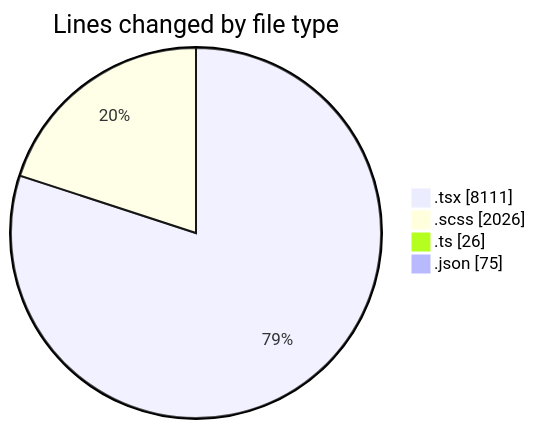
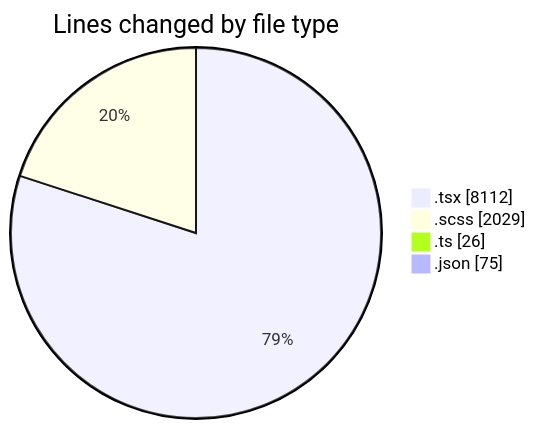
Before and after one commit to momahboobian/code-tracking: the first of 2 diagrams in 2025-04-09/cda/README.md, drawn with Mermaid. The commit also changed other lines of this file and 1 other file, not shown here.

````diff
--- a/2025-04-09/cda/README.md
+++ b/2025-04-09/cda/README.md
@@ -48,8 +48,8 @@
 ```mermaid
 pie showData
 title Lines changed by file type
-".tsx" : 8111
-".scss" : 2026
+".tsx" : 8112
+".scss" : 2029
 ".ts" : 26
 ".json" : 75
 ```
````
